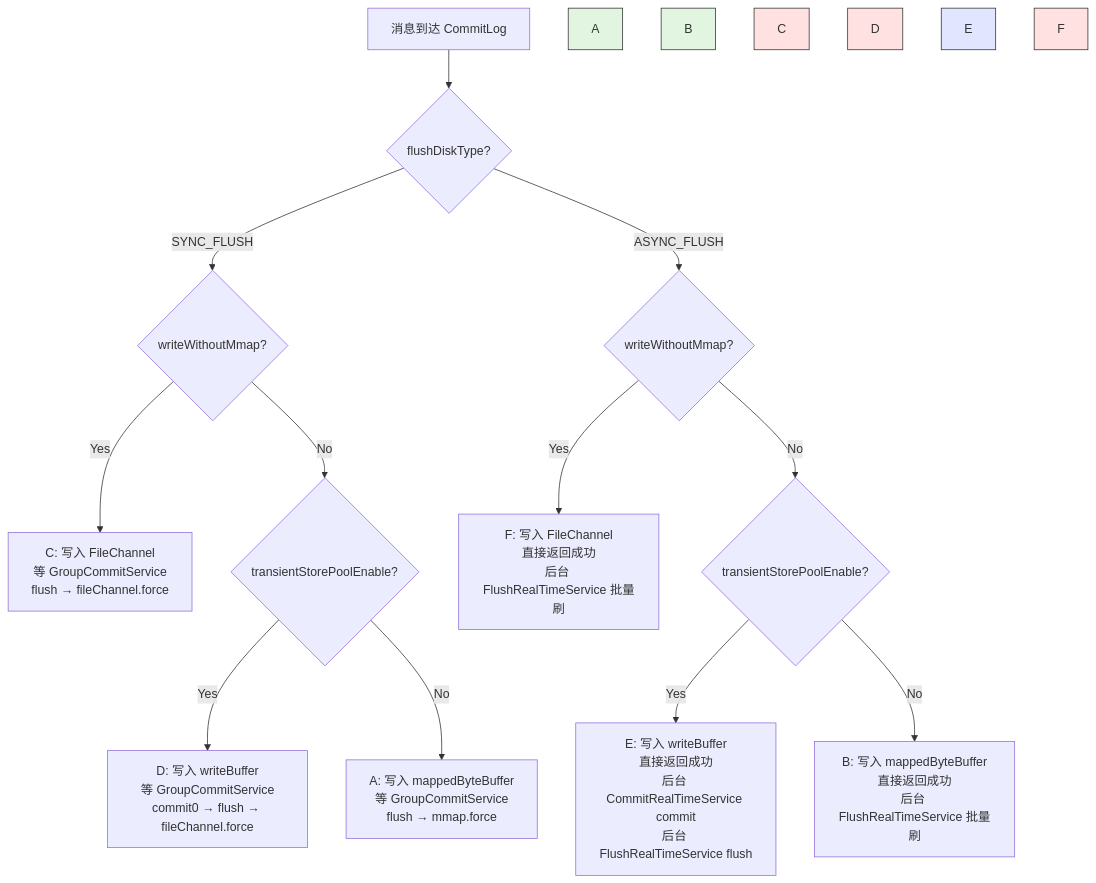
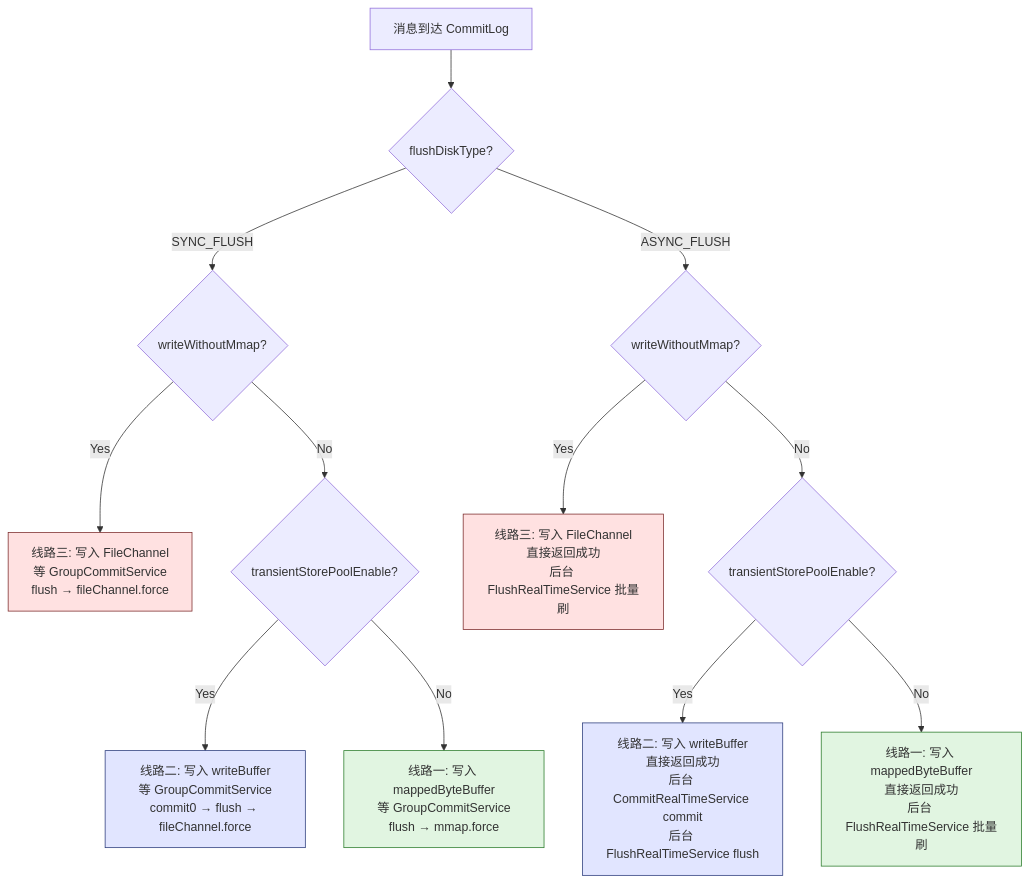
Before and after one commit to Eureka-24/Blog: the sixth of 6 diagrams in docs/04.计算机基础/存储/RocketMQ.md, drawn with Mermaid. The commit also changed other lines of this file, not shown here.

Commit message:
增加存储学习1篇

````diff
--- a/docs/04.计算机基础/存储/RocketMQ.md
+++ b/docs/04.计算机基础/存储/RocketMQ.md
@@ -520,23 +520,23 @@
 ```mermaid
 flowchart TD
-    Start[消息到达 CommitLog] --> Q1{flushDiskType?}
+    Start["消息到达 CommitLog"] --> Q1{"flushDiskType?"}
     
-    Q1 -->|SYNC_FLUSH| Q2{writeWithoutMmap?}
-    Q2 -->|Yes| W3_S[C: 写入 FileChannel<br/>等 GroupCommitService<br/>flush → fileChannel.force]
-    Q2 -->|No| Q3{transientStorePoolEnable?}
-    Q3 -->|Yes| W2_S[D: 写入 writeBuffer<br/>等 GroupCommitService<br/>commit0 → flush → fileChannel.force]
-    Q3 -->|No| W1_S[A: 写入 mappedByteBuffer<br/>等 GroupCommitService<br/>flush → mmap.force]
+    Q1 -->|SYNC_FLUSH| Q2{"writeWithoutMmap?"}
+    Q2 -->|Yes| W3_S["线路三: 写入 FileChannel<br/>等 GroupCommitService<br/>flush → fileChannel.force"]
+    Q2 -->|No| Q3{"transientStorePoolEnable?"}
+    Q3 -->|Yes| W2_S["线路二: 写入 writeBuffer<br/>等 GroupCommitService<br/>commit0 → flush → fileChannel.force"]
+    Q3 -->|No| W1_S["线路一: 写入 mappedByteBuffer<br/>等 GroupCommitService<br/>flush → mmap.force"]
     
-    Q1 -->|ASYNC_FLUSH| Q4{writeWithoutMmap?}
-    Q4 -->|Yes| W3_A[F: 写入 FileChannel<br/>直接返回成功<br/>后台 FlushRealTimeService 批量刷]
-    Q4 -->|No| Q5{transientStorePoolEnable?}
-    Q5 -->|Yes| W2_A[E: 写入 writeBuffer<br/>直接返回成功<br/>后台 CommitRealTimeService commit<br/>后台 FlushRealTimeService flush]
-    Q5 -->|No| W1_A[B: 写入 mappedByteBuffer<br/>直接返回成功<br/>后台 FlushRealTimeService 批量刷]
+    Q1 -->|ASYNC_FLUSH| Q4{"writeWithoutMmap?"}
+    Q4 -->|Yes| W3_A["线路三: 写入 FileChannel<br/>直接返回成功<br/>后台 FlushRealTimeService 批量刷"]
+    Q4 -->|No| Q5{"transientStorePoolEnable?"}
+    Q5 -->|Yes| W2_A["线路二: 写入 writeBuffer<br/>直接返回成功<br/>后台 CommitRealTimeService commit<br/>后台 FlushRealTimeService flush"]
+    Q5 -->|No| W1_A["线路一: 写入 mappedByteBuffer<br/>直接返回成功<br/>后台 FlushRealTimeService 批量刷"]
     
-    style A fill:#e1f5e1,stroke:#333
-    style B fill:#e1f5e1,stroke:#333
-    style C fill:#ffe1e1,stroke:#333
-    style D fill:#ffe1e1,stroke:#333
-    style E fill:#e1e5ff,stroke:#333
-    style F fill:#ffe1e1,stroke:#333
+    classDef line1 fill:#e1f5e1,stroke:#2d7d2d
+    classDef line2 fill:#e1e5ff,stroke:#2d3d7d
+    classDef line3 fill:#ffe1e1,stroke:#7d2d2d
+    class W1_S,W1_A line1
+    class W2_S,W2_A line2
+    class W3_S,W3_A line3
 ```
````
